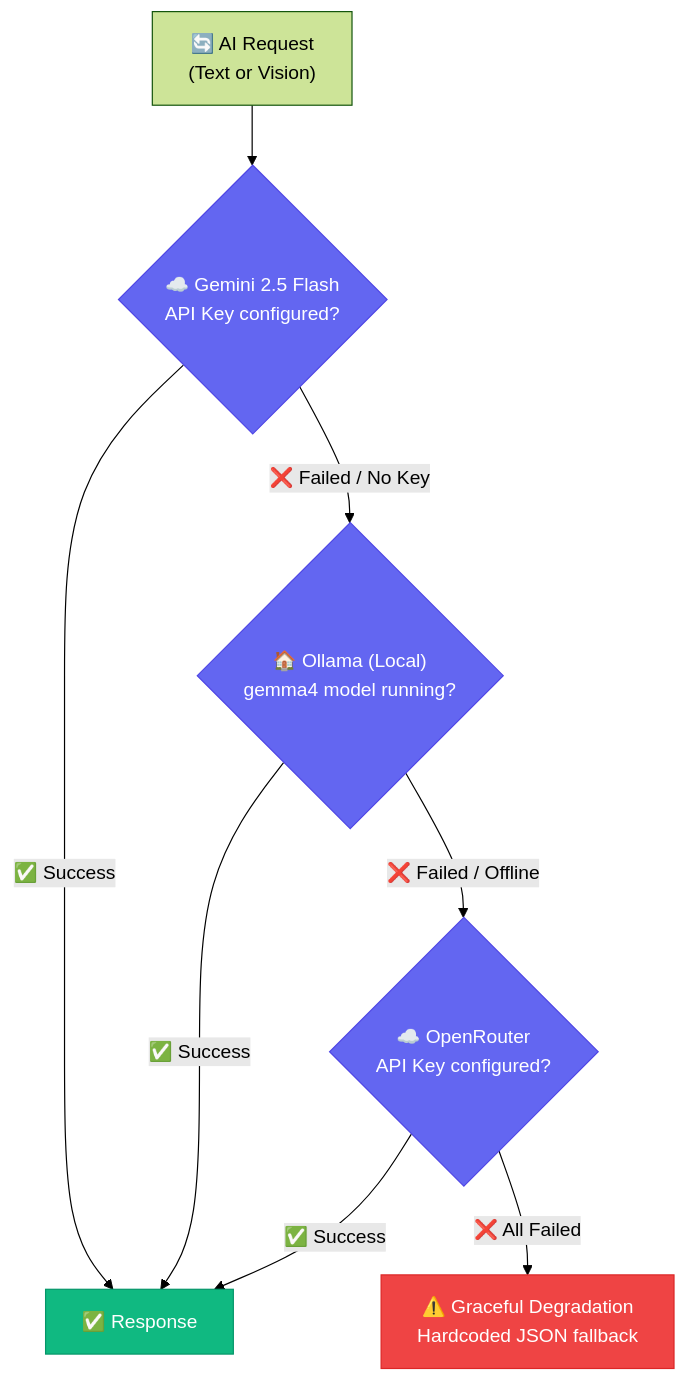
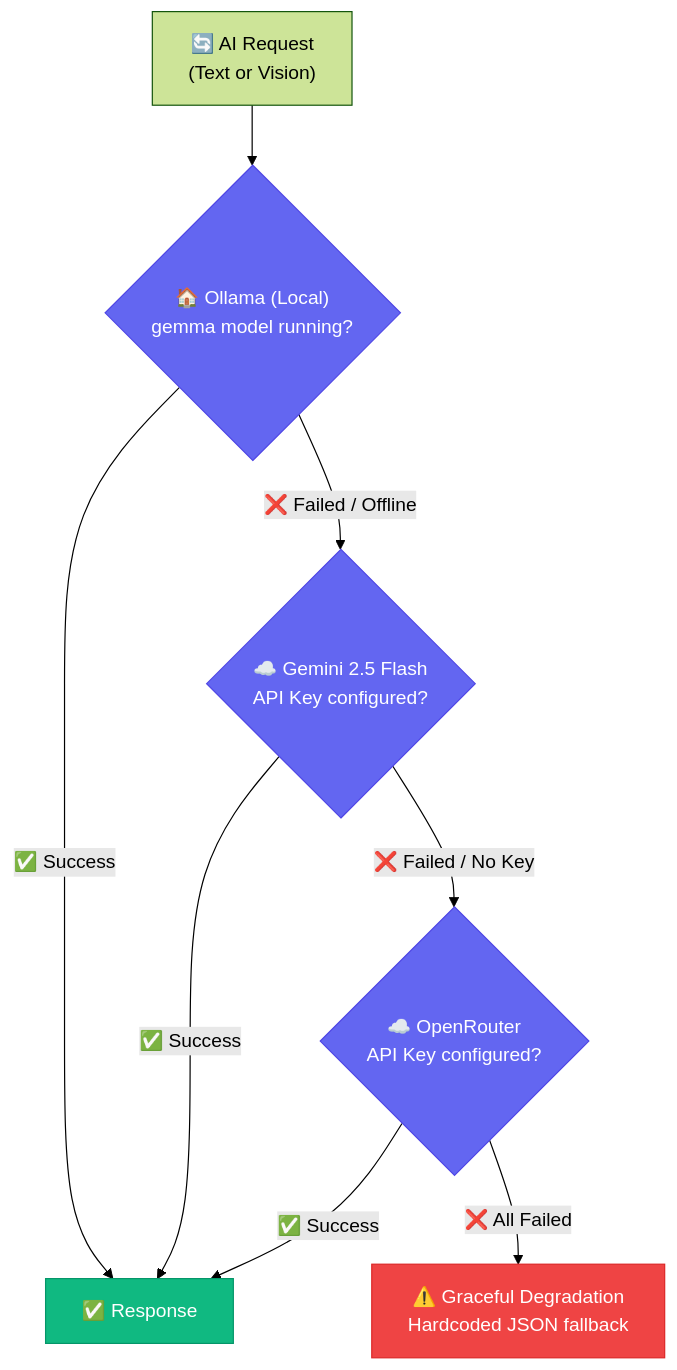
Before and after one commit to Arnav1709/natwest-cfp: the third of 4 diagrams in README.md, drawn with Mermaid (forest theme). The commit also changed other lines of this file and 24 other files, not shown here.

````diff
--- a/README.md
+++ b/README.md
@@ -400,21 +624,21 @@
 ```mermaid
 graph TD
-    REQ["🔄 AI Request<br/>(Text or Vision)"] --> GEMINI{"☁️ Gemini 2.5 Flash<br/>API Key configured?"}
+    REQ["🔄 AI Request<br/>(Text or Vision)"] --> OLLAMA{"🏠 Ollama (Local)<br/>gemma model running?"}
 
-    GEMINI -->|"✅ Success"| RES["✅ Response"]
-    GEMINI -->|"❌ Failed / No Key"| OLLAMA{"🏠 Ollama (Local)<br/>gemma4 model running?"}
+    OLLAMA -->|"✅ Success"| RES["✅ Response"]
+    OLLAMA -->|"❌ Failed / Offline"| GEMINI{"☁️ Gemini 2.5 Flash<br/>API Key configured?"}
 
-    OLLAMA -->|"✅ Success"| RES
-    OLLAMA -->|"❌ Failed / Offline"| OPENROUTER{"☁️ OpenRouter<br/>API Key configured?"}
+    GEMINI -->|"✅ Success"| RES
+    GEMINI -->|"❌ Failed / No Key"| OPENROUTER{"☁️ OpenRouter<br/>API Key configured?"}
 
     OPENROUTER -->|"✅ Success"| RES
     OPENROUTER -->|"❌ All Failed"| FAIL["⚠️ Graceful Degradation<br/>Hardcoded JSON fallback"]
 
     classDef success fill:#10B981,stroke:#059669,color:#fff
     classDef fail fill:#EF4444,stroke:#DC2626,color:#fff
     classDef provider fill:#6366F1,stroke:#4F46E5,color:#fff
 
     class RES success
     class FAIL fail
-    class GEMINI,OLLAMA,OPENROUTER provider
+    class OLLAMA,GEMINI,OPENROUTER provider
 ```
````
